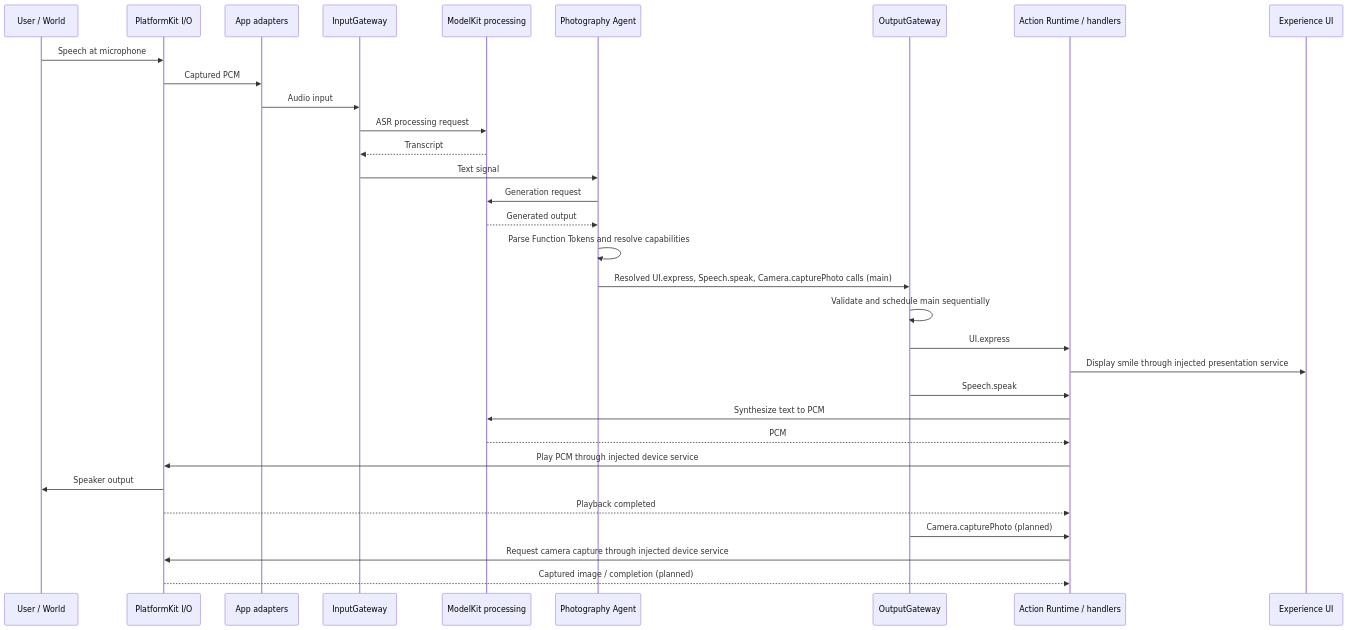
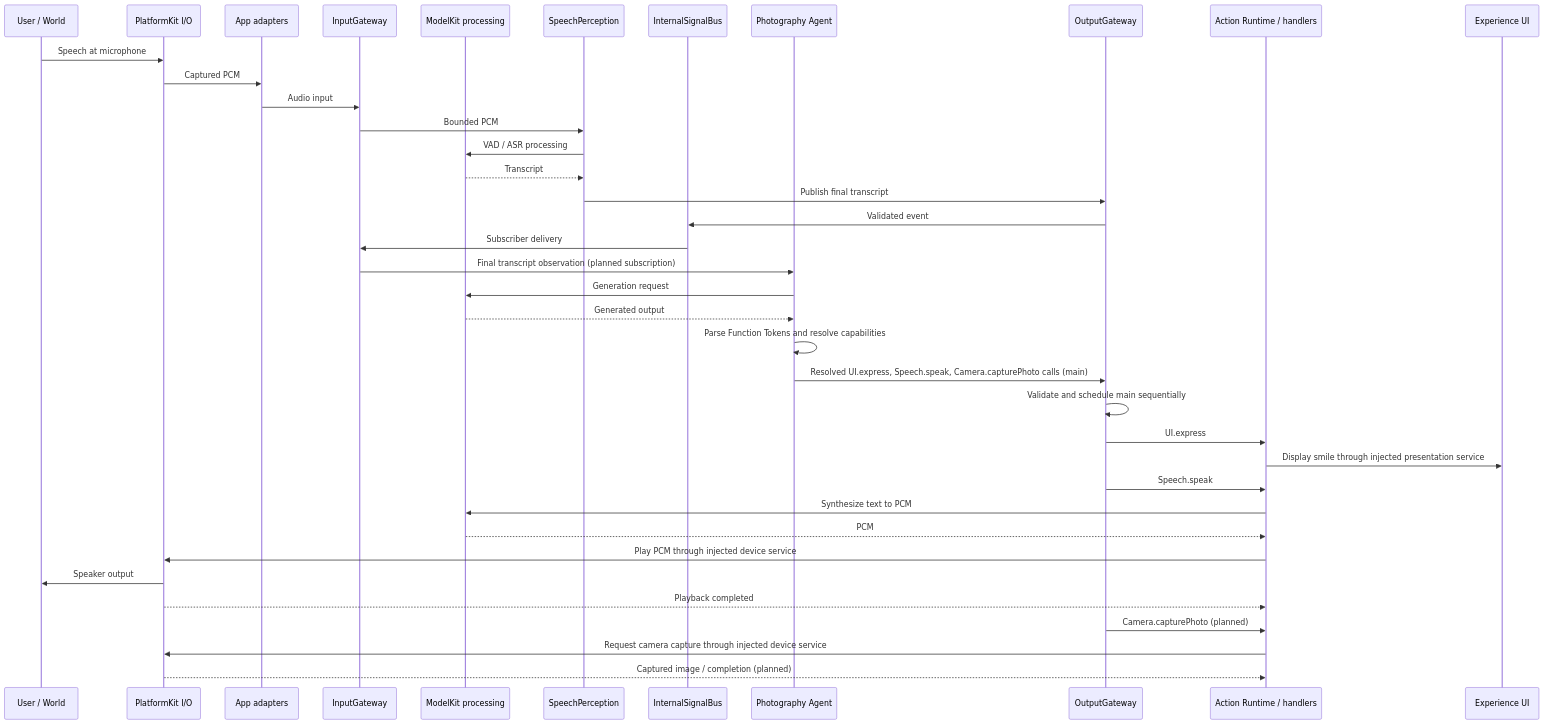
The seventh of 7 diagrams in MobileHarness/README.md (devilyouwei/MobileHarness), drawn with Mermaid before and after one commit. The commit also changed other lines of this file and 43 other files, not shown here.

````diff
--- a/MobileHarness/README.md
+++ b/MobileHarness/README.md
@@ -1405,35 +1208,41 @@
 ```mermaid
 sequenceDiagram
     participant U as User / World
     participant P as PlatformKit I/O
     participant App as App adapters
     participant IG as InputGateway
     participant M as ModelKit processing
+    participant SP as SpeechPerception
+    participant Bus as InternalSignalBus
     participant A as Photography Agent
     participant OG as OutputGateway
     participant ACT as Action Runtime / handlers
     participant UI as Experience UI
 
     U->>P: Speech at microphone
     P->>App: Captured PCM
     App->>IG: Audio input
-    IG->>M: ASR processing request
-    M-->>IG: Transcript
-    IG->>A: Text signal
+    IG->>SP: Bounded PCM
+    SP->>M: VAD / ASR processing
+    M-->>SP: Transcript
+    SP->>OG: Publish final transcript
+    OG->>Bus: Validated event
+    Bus->>IG: Subscriber delivery
+    IG->>A: Final transcript observation (planned subscription)
     A->>M: Generation request
     M-->>A: Generated output
     A->>A: Parse Function Tokens and resolve capabilities
     A->>OG: Resolved UI.express, Speech.speak, Camera.capturePhoto calls (main)
     OG->>OG: Validate and schedule main sequentially
     OG->>ACT: UI.express
     ACT->>UI: Display smile through injected presentation service
     OG->>ACT: Speech.speak
     ACT->>M: Synthesize text to PCM
     M-->>ACT: PCM
     ACT->>P: Play PCM through injected device service
     P->>U: Speaker output
     P-->>ACT: Playback completed
     OG->>ACT: Camera.capturePhoto (planned)
     ACT->>P: Request camera capture through injected device service
     P-->>ACT: Captured image / completion (planned)
 ```
````
